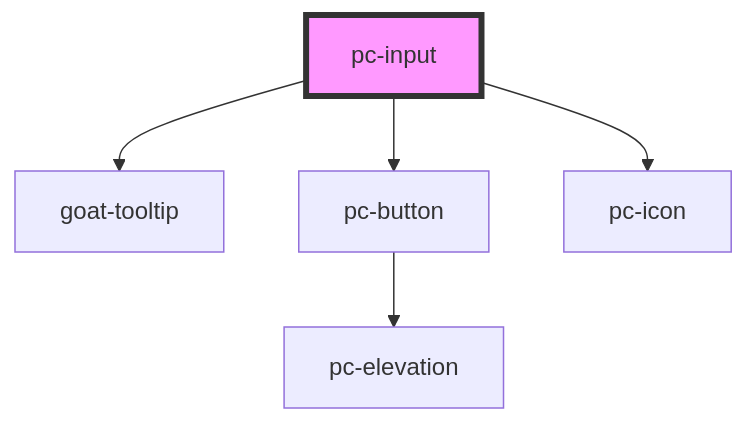
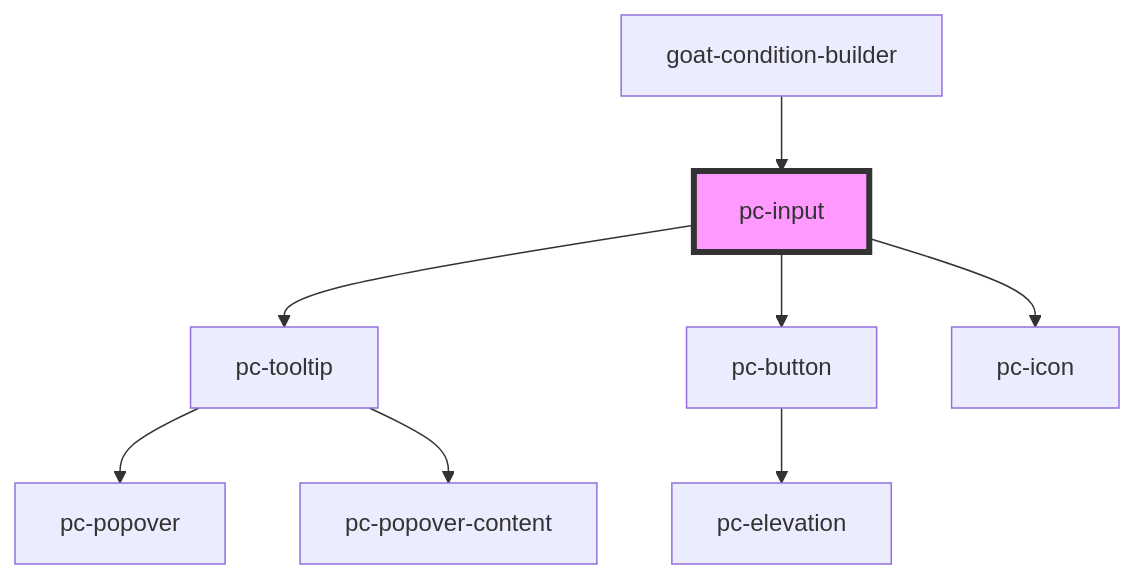
One commit to redvars/peacock changed the diagram in src/components/input-controls/input/input/readme.md. Above: the diagram before and after it, drawn with Mermaid. The commit also changed other lines of this file and 299 other files, not shown here.

````diff
--- a/src/components/input-controls/input/input/readme.md
+++ b/src/components/input-controls/input/input/readme.md
@@ -87,8 +91,11 @@
 ```mermaid
 graph TD;
-  pc-input --> goat-tooltip
+  pc-input --> pc-tooltip
   pc-input --> pc-button
   pc-input --> pc-icon
+  pc-tooltip --> pc-popover
+  pc-tooltip --> pc-popover-content
   pc-button --> pc-elevation
+  goat-condition-builder --> pc-input
   style pc-input fill:#f9f,stroke:#333,stroke-width:4px
 ```
````
